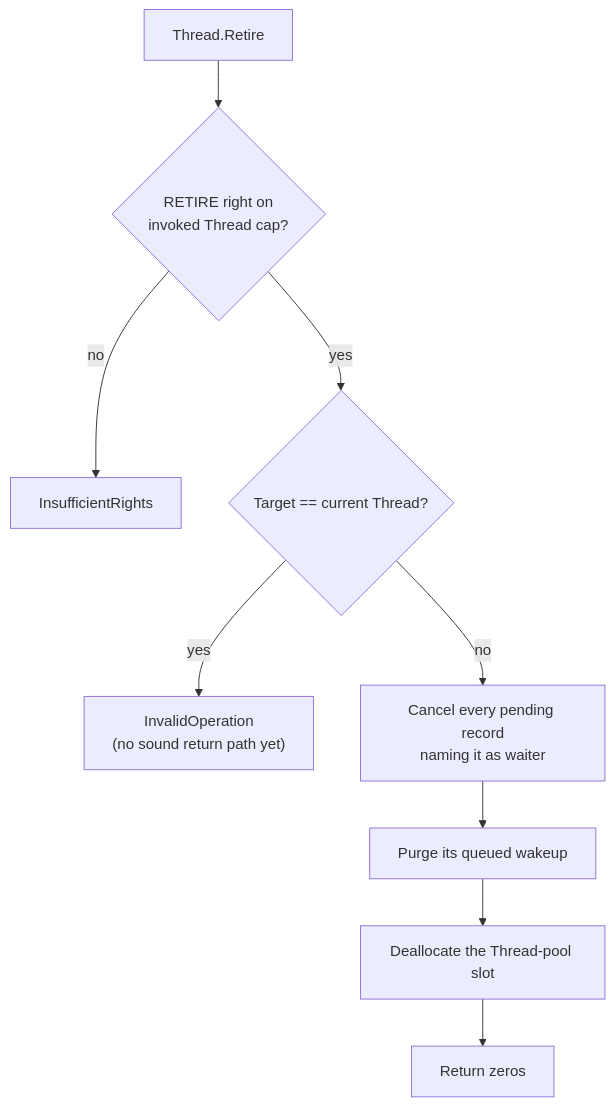
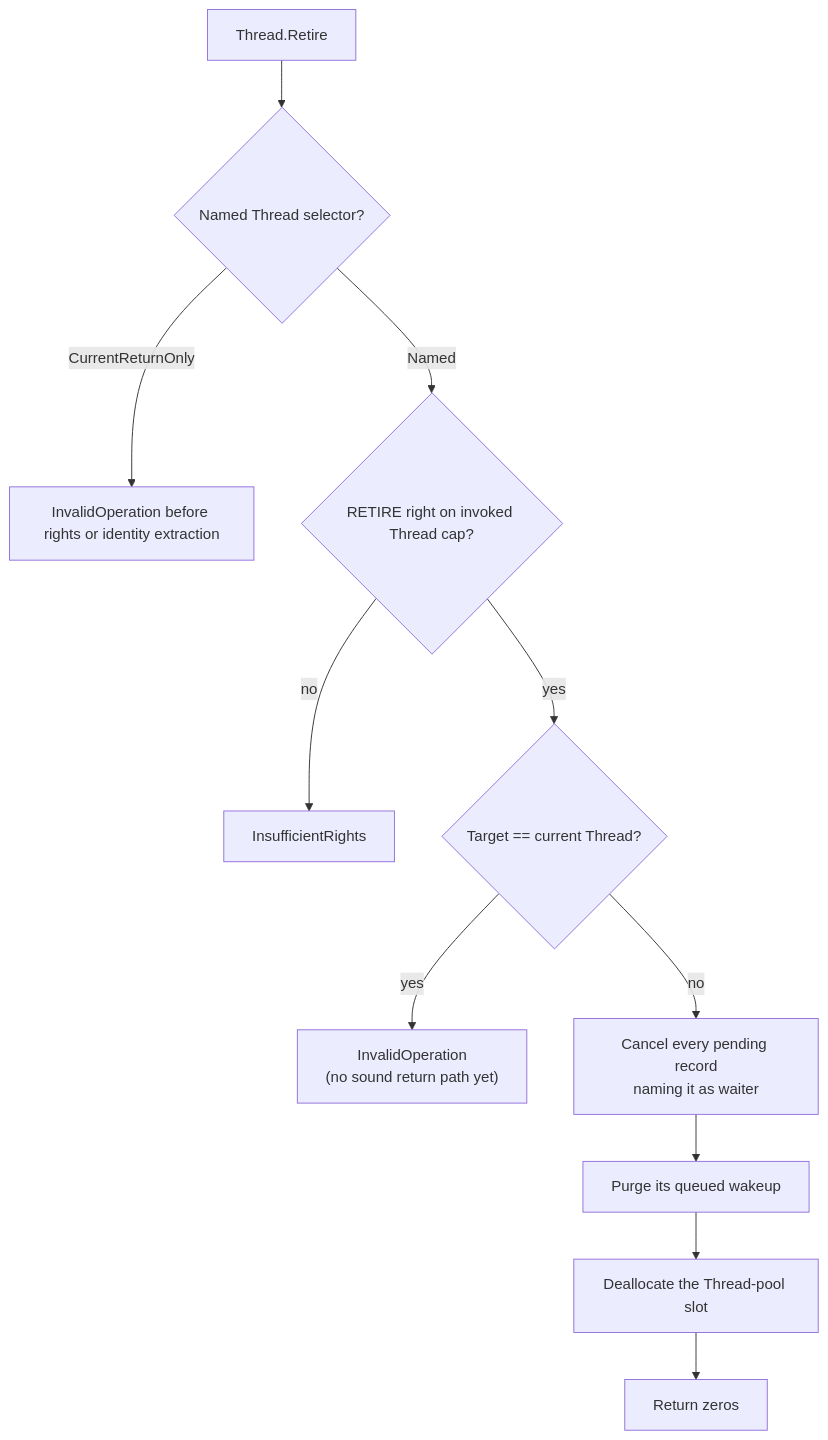
Before and after one commit to metta-systems/vesper: the diagram in doc/object_types/core/thread.md, drawn with Mermaid. The commit also changed other lines of this file and 23 other files, not shown here.

Commit message:
Invocation.Return -> Thread.Return

````diff
--- a/doc/object_types/core/thread.md
+++ b/doc/object_types/core/thread.md
@@ -32,11 +82,13 @@
 ```mermaid
 flowchart TD
-    A["Thread.Retire"] --> B{"RETIRE right on<br/>invoked Thread cap?"}
+    A["Thread.Retire"] --> S{"Named Thread selector?"}
+    S -- "CurrentReturnOnly" --> ES["InvalidOperation before rights or identity extraction"]
+    S -- "Named" --> B{"RETIRE right on invoked Thread cap?"}
     B -- "no" --> E1["InsufficientRights"]
     B -- "yes" --> C{"Target == current Thread?"}
     C -- "yes" --> E2["InvalidOperation<br/>(no sound return path yet)"]
     C -- "no" --> D["Cancel every pending record<br/>naming it as waiter"]
     D --> E["Purge its queued wakeup"]
     E --> F["Deallocate the Thread-pool slot"]
     F --> OK["Return zeros"]
 ```
````
